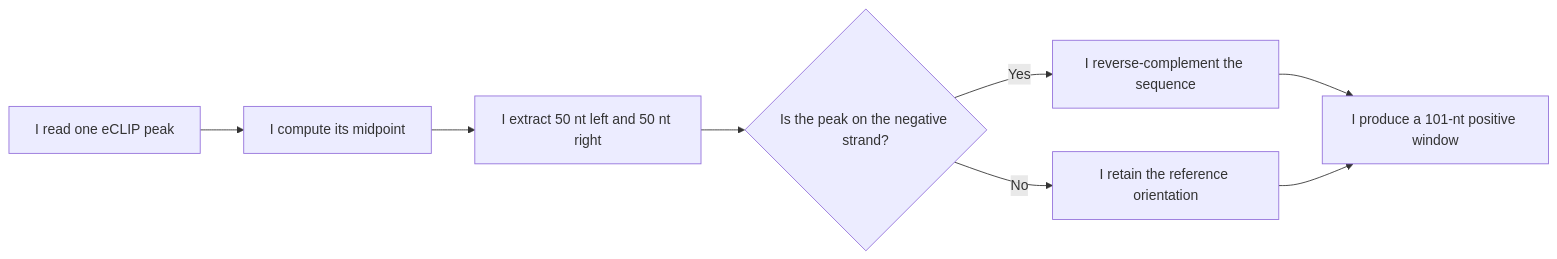
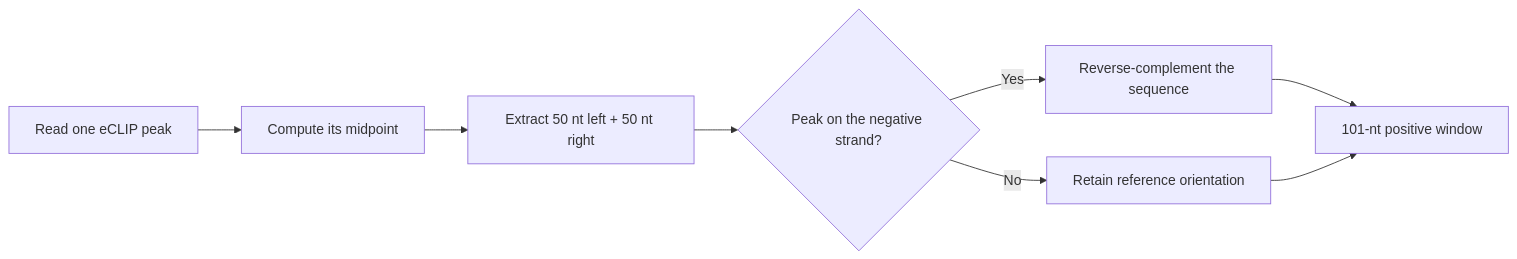
One commit to NirmalKumar31/rbp-binding changed the fifth of 25 diagrams in README.md. Above: the diagram before and after it, drawn with Mermaid. The commit also changed other lines of this file, not shown here.

Commit message:
docs: neutralize first-person voice inside mermaid diagram labels

````diff
--- a/README.md
+++ b/README.md
@@ -233,10 +233,10 @@
 ```mermaid
 flowchart LR
-    A["I read one eCLIP peak"] --> B["I compute its midpoint"]
-    B --> C["I extract 50 nt left and 50 nt right"]
-    C --> D{"Is the peak on the negative strand?"}
-    D -->|"Yes"| E["I reverse-complement the sequence"]
-    D -->|"No"| F["I retain the reference orientation"]
-    E --> G["I produce a 101-nt positive window"]
+    A["Read one eCLIP peak"] --> B["Compute its midpoint"]
+    B --> C["Extract 50 nt left + 50 nt right"]
+    C --> D{"Peak on the negative strand?"}
+    D -->|"Yes"| E["Reverse-complement the sequence"]
+    D -->|"No"| F["Retain reference orientation"]
+    E --> G["101-nt positive window"]
     F --> G
 ```
````
